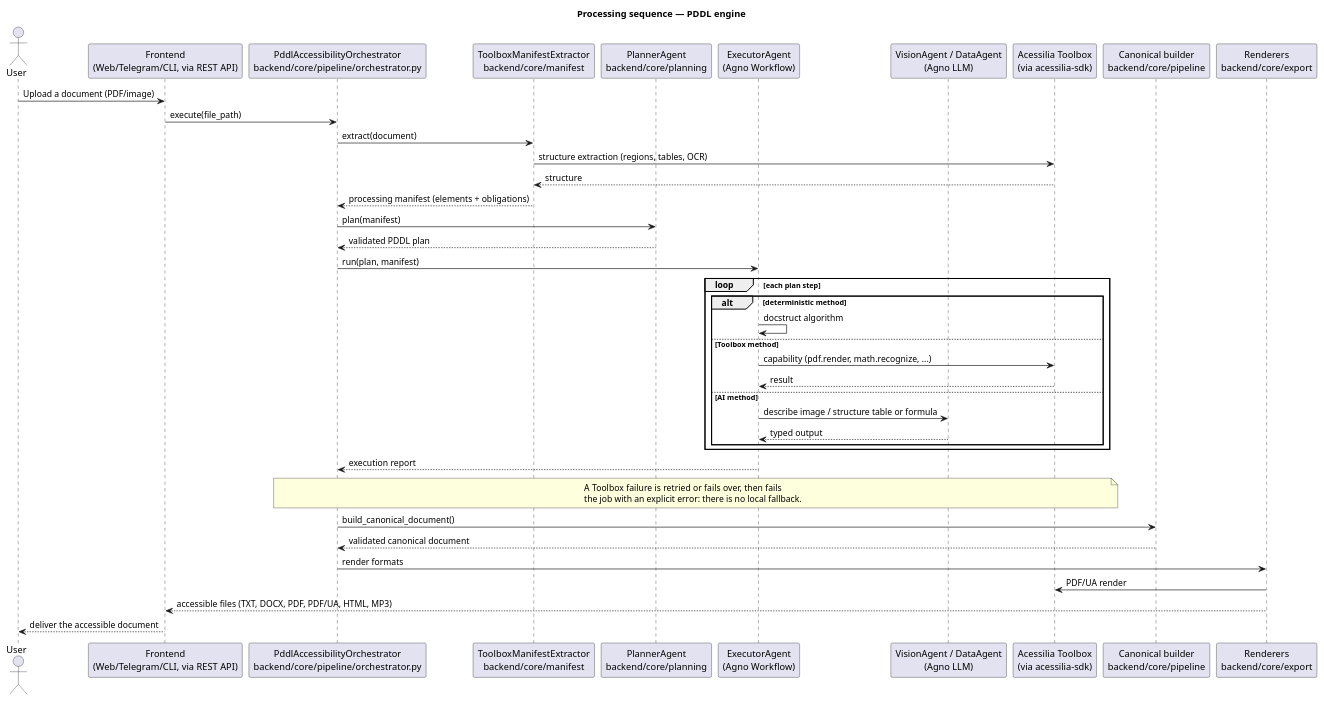
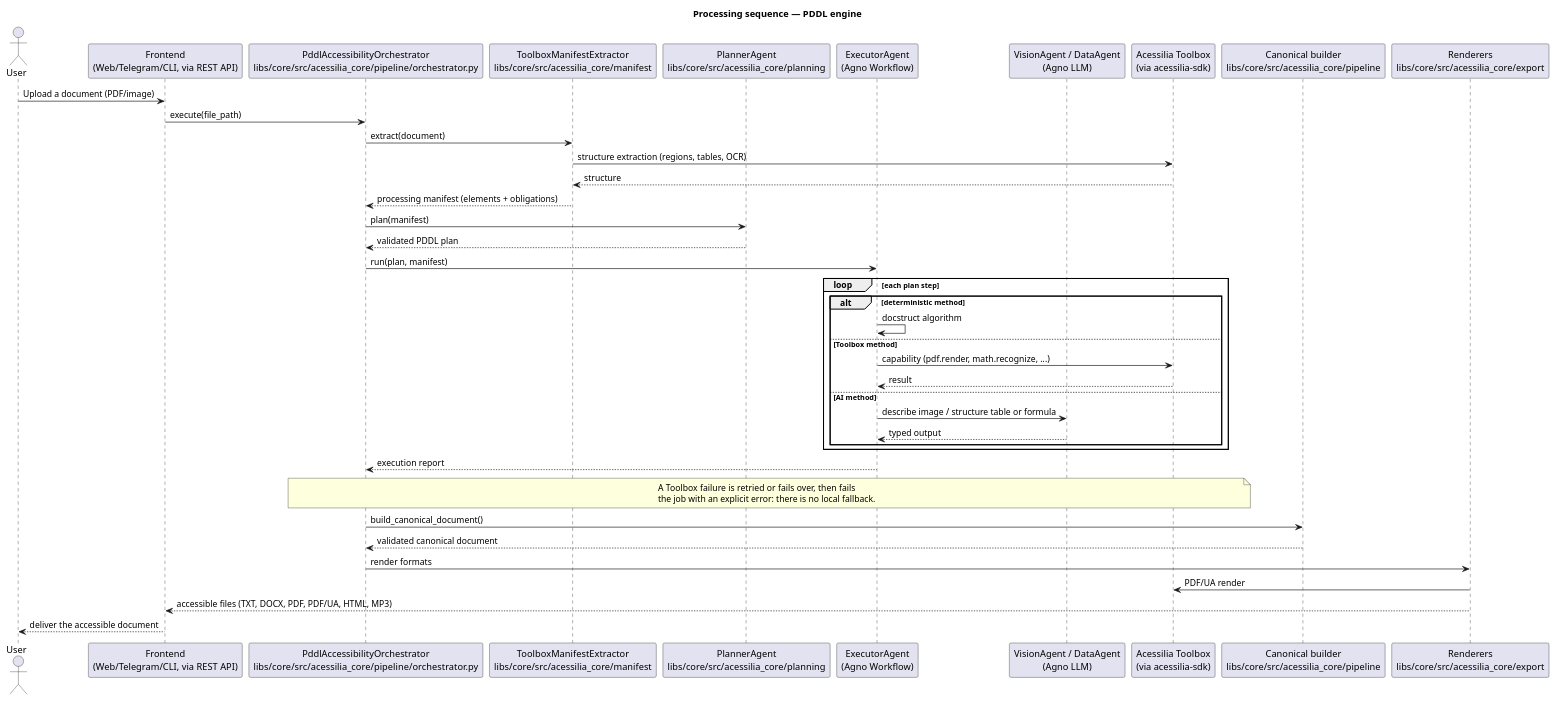
Before and after one commit to A11yDevs/acessilia: the diagram in docs/sequence/document_processing_sequence.puml, drawn with PlantUML. The commit also changed 458 other files, not shown here.

First line of the commit message:
refactor(core): move backend/core to libs/core as the acessilia_core package

```diff
--- a/docs/sequence/document_processing_sequence.puml
+++ b/docs/sequence/document_processing_sequence.puml
@@ -1,55 +1,55 @@
 @startuml document_processing_sequence
 skinparam shadowing false
 
 title Processing sequence — PDDL engine
 
 actor User
 participant "Frontend\n(Web/Telegram/CLI, via REST API)" as Front
-participant "PddlAccessibilityOrchestrator\nbackend/core/pipeline/orchestrator.py" as Orchestrator
-participant "ToolboxManifestExtractor\nbackend/core/manifest" as Manifest
-participant "PlannerAgent\nbackend/core/planning" as Planner
+participant "PddlAccessibilityOrchestrator\nlibs/core/src/acessilia_core/pipeline/orchestrator.py" as Orchestrator
+participant "ToolboxManifestExtractor\nlibs/core/src/acessilia_core/manifest" as Manifest
+participant "PlannerAgent\nlibs/core/src/acessilia_core/planning" as Planner
 participant "ExecutorAgent\n(Agno Workflow)" as Executor
 participant "VisionAgent / DataAgent\n(Agno LLM)" as Agents
 participant "Acessilia Toolbox\n(via acessilia-sdk)" as Toolbox
-participant "Canonical builder\nbackend/core/pipeline" as Builder
-participant "Renderers\nbackend/core/export" as Export
+participant "Canonical builder\nlibs/core/src/acessilia_core/pipeline" as Builder
+participant "Renderers\nlibs/core/src/acessilia_core/export" as Export
 
 User -> Front: Upload a document (PDF/image)
 Front -> Orchestrator: execute(file_path)
 
 Orchestrator -> Manifest: extract(document)
 Manifest -> Toolbox: structure extraction (regions, tables, OCR)
 Toolbox --> Manifest: structure
 Manifest --> Orchestrator: processing manifest (elements + obligations)
 
 Orchestrator -> Planner: plan(manifest)
 Planner --> Orchestrator: validated PDDL plan
 
 Orchestrator -> Executor: run(plan, manifest)
 loop each plan step
   alt deterministic method
     Executor -> Executor: docstruct algorithm
   else Toolbox method
     Executor -> Toolbox: capability (pdf.render, math.recognize, ...)
     Toolbox --> Executor: result
   else AI method
     Executor -> Agents: describe image / structure table or formula
     Agents --> Executor: typed output
   end
 end
 Executor --> Orchestrator: execution report
 
 note over Orchestrator, Toolbox
   A Toolbox failure is retried or fails over, then fails
   the job with an explicit error: there is no local fallback.
 end note
 
 Orchestrator -> Builder: build_canonical_document()
 Builder --> Orchestrator: validated canonical document
 
 Orchestrator -> Export: render formats
 Export -> Toolbox: PDF/UA render
 Export --> Front: accessible files (TXT, DOCX, PDF, PDF/UA, HTML, MP3)
 Front --> User: deliver the accessible document
 
 @enduml
```
